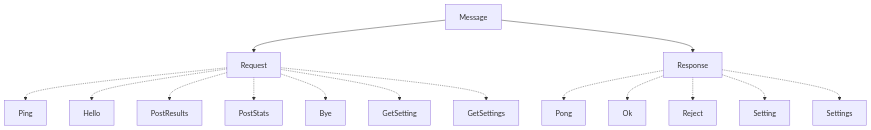
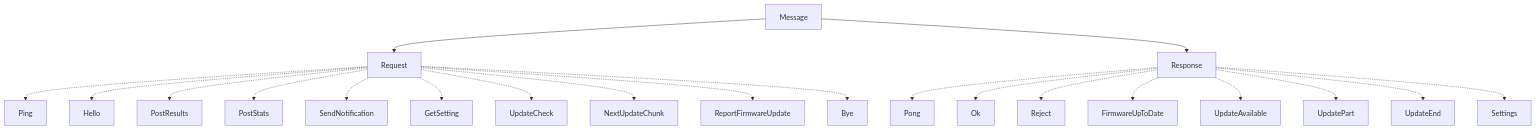
One commit to PixelWeatherProject/pwmp-msg changed the first of 7 diagrams in README.md. Above: the diagram before and after it, drawn with Mermaid. The commit also changed other lines of this file, not shown here.

````diff
--- a/README.md
+++ b/README.md
@@ -14,19 +14,25 @@
 ```mermaid
 graph TD;
     Message-->Request
     Message-->Response
 
     Request-.->Ping
     Request-.->Hello
     Request-.->PostResults
     Request-.->PostStats
+    Request-.->SendNotification
+    Request-.->GetSetting
+    Request-.->UpdateCheck
+    Request-.->NextUpdateChunk
+    Request-.->ReportFirmwareUpdate
     Request-.->Bye
-    Request-.->GetSetting
-    Request-.->GetSettings
 
     Response-.->Pong
     Response-.->Ok
     Response-.->Reject
-    Response-.->Setting
+    Response-.->FirmwareUpToDate
+    Response-.->UpdateAvailable
+    Response-.->UpdatePart
+    Response-.->UpdateEnd
     Response-.->Settings
 ```
````
